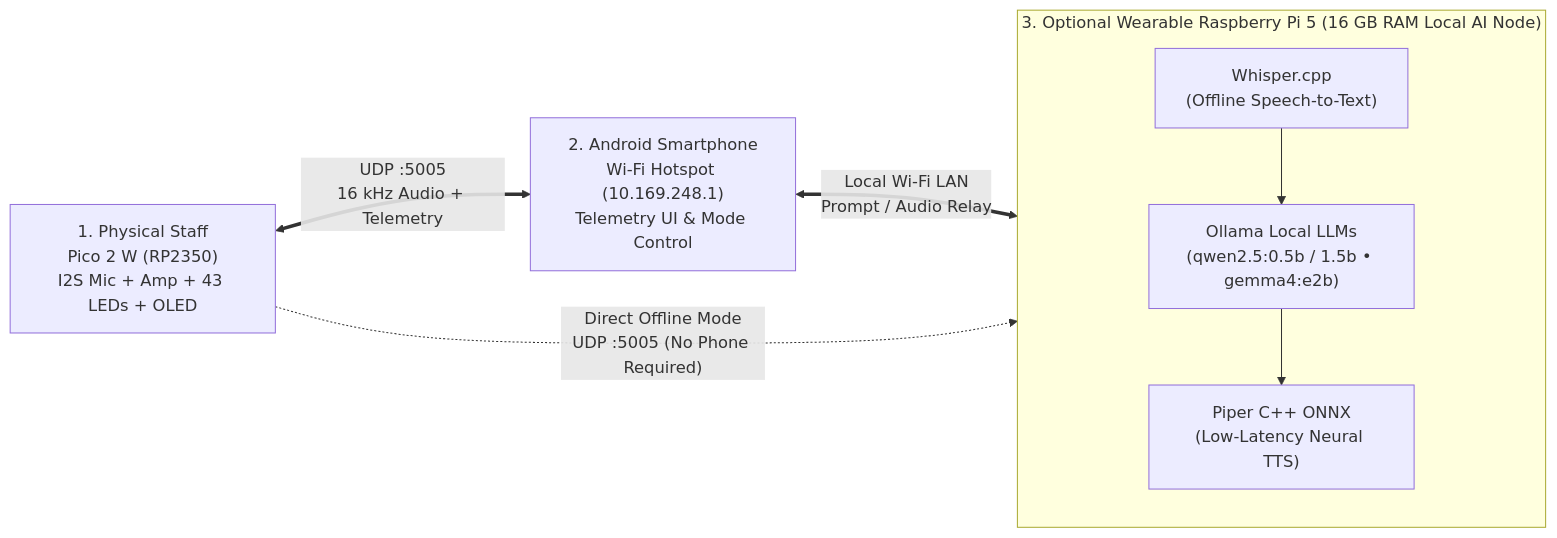
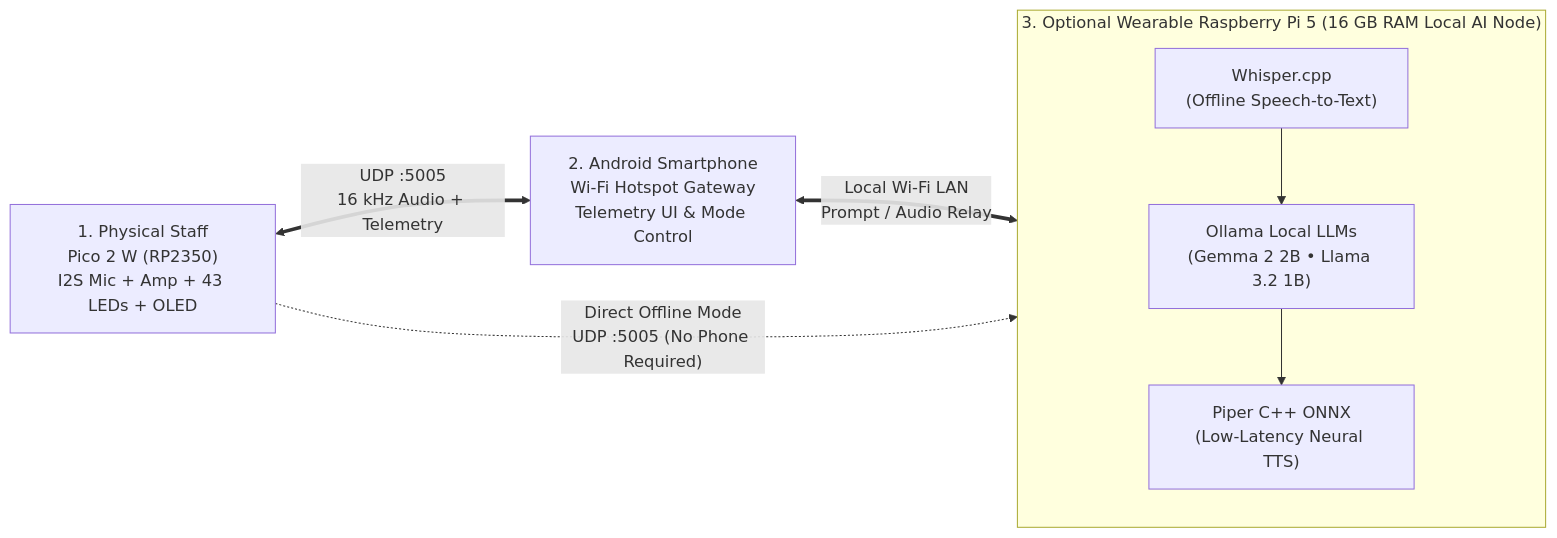
The second of 3 diagrams in README.md (DerAndr/celestial_engine_project), drawn with Mermaid before and after one commit. The commit also changed other lines of this file, not shown here.

Commit message:
docs(readme): update GitHub main page with v1.3.0 Digital Twin, Local LLM stack & spell engine

````diff
--- a/README.md
+++ b/README.md
@@ -56,15 +73,15 @@
 ```mermaid
 flowchart LR
     STAFF["1. Physical Staff\nPico 2 W (RP2350)\nI2S Mic + Amp + 43 LEDs + OLED"]
-    PHONE["2. Android Smartphone\nWi-Fi Hotspot (10.169.248.1)\nTelemetry UI & Mode Control"]
+    PHONE["2. Android Smartphone\nWi-Fi Hotspot Gateway\nTelemetry UI & Mode Control"]
     subgraph PI5["3. Optional Wearable Raspberry Pi 5 (16 GB RAM Local AI Node)"]
         WHISPER["Whisper.cpp\n(Offline Speech-to-Text)"]
-        OLLAMA["Ollama Local LLMs\n(qwen2.5:0.5b / 1.5b • gemma4:e2b)"]
+        OLLAMA["Ollama Local LLMs\n(Gemma 2 2B • Llama 3.2 1B)"]
         PIPER["Piper C++ ONNX\n(Low-Latency Neural TTS)"]
         WHISPER --> OLLAMA --> PIPER
     end
 
     STAFF <== "UDP :5005\n16 kHz Audio + Telemetry" ==> PHONE
     PHONE <== "Local Wi-Fi LAN\nPrompt / Audio Relay" ==> PI5
     STAFF -. "Direct Offline Mode\nUDP :5005 (No Phone Required)" .-> PI5
 ```
````
